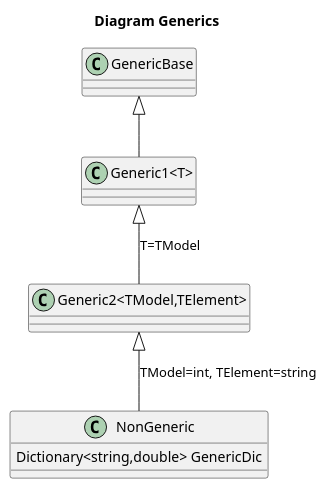
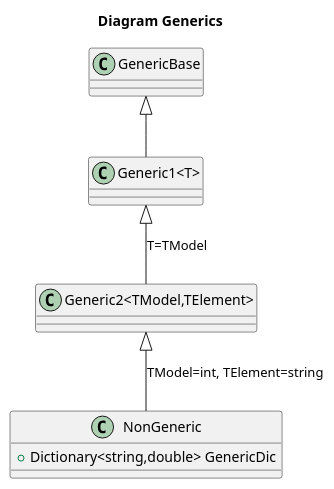
Before and after one commit to isukces/AutoUml: the diagram in docs/testsResults/T11_Should_convert_generics.puml, drawn with PlantUML. The commit also changed 11 other files, not shown here.

```diff
--- a/docs/testsResults/T11_Should_convert_generics.puml
+++ b/docs/testsResults/T11_Should_convert_generics.puml
@@ -1,23 +1,23 @@
 @startuml
 title
  Diagram Generics
 end title
 
 class GenericBase
 {
 }
 class "Generic1<T>"
 {
 }
 class "Generic2<TModel,TElement>"
 {
 }
 class NonGeneric
 {
-    Dictionary<string,double> GenericDic
+    +Dictionary<string,double> GenericDic
 }
 
 "Generic1<T>" -up-|> GenericBase
 "Generic2<TModel,TElement>" -up-|> "Generic1<T>":"T=TModel"
 NonGeneric -up-|> "Generic2<TModel,TElement>":"TModel=int, TElement=string"
 @enduml
```
